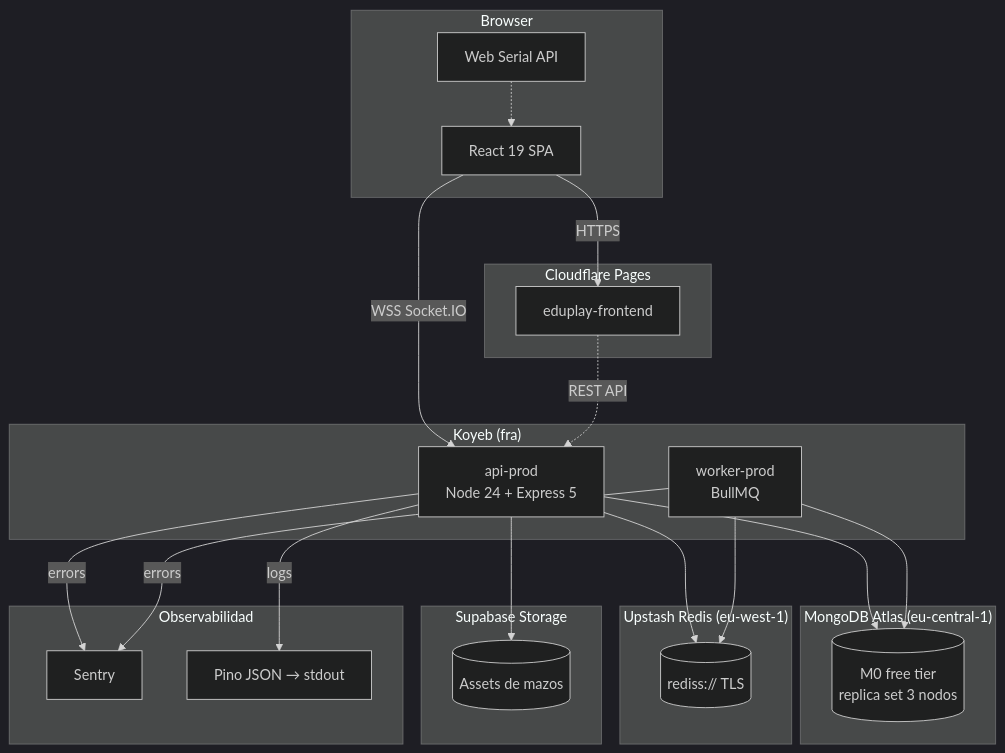
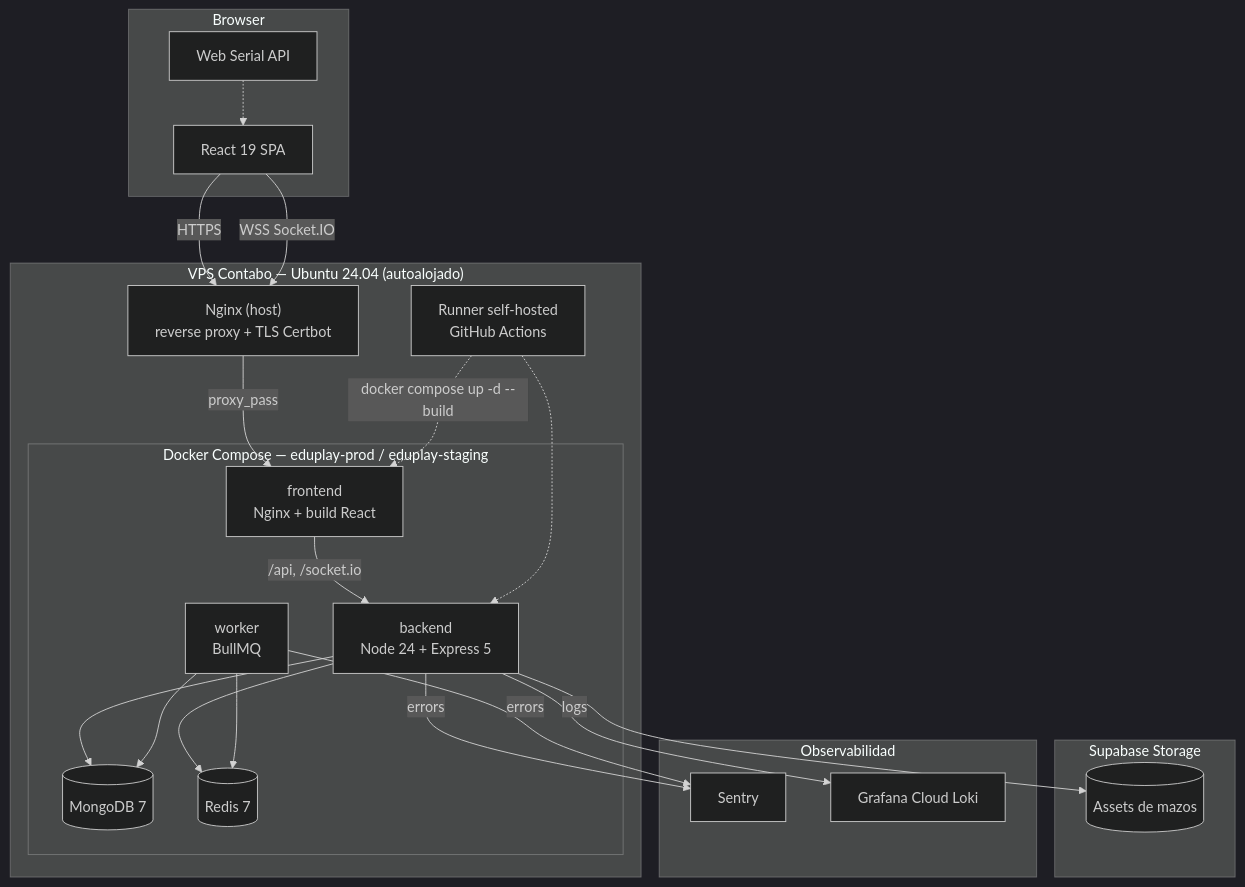
The diagram in README.md (Samuel-Prog-CSec/TFG-IoT), drawn with Mermaid (dark theme) before and after one commit. The commit also changed other lines of this file and 6 other files, not shown here.

First line of the commit message:
docs: actualizar READMEs y OpenAPI tras la migracion a VPS

````diff
--- a/README.md
+++ b/README.md
@@ -28,46 +28,46 @@
 ```mermaid
 graph TB
     subgraph Browser
         webserial[Web Serial API]
         ui[React 19 SPA]
         webserial -.-> ui
     end
 
-    subgraph "Cloudflare Pages"
-        cf[eduplay-frontend]
-    end
+    subgraph "VPS Contabo — Ubuntu 24.04 (autoalojado)"
+        nginx["Nginx (host)<br/>reverse proxy + TLS Certbot"]
 
-    subgraph "Koyeb (fra)"
-        api[api-prod<br/>Node 24 + Express 5]
-        worker[worker-prod<br/>BullMQ]
-    end
+        subgraph "Docker Compose — eduplay-prod / eduplay-staging"
+            fe[frontend<br/>Nginx + build React]
+            api[backend<br/>Node 24 + Express 5]
+            worker[worker<br/>BullMQ]
+            mongo[(MongoDB 7)]
+            redis[(Redis 7)]
+        end
 
-    subgraph "MongoDB Atlas (eu-central-1)"
-        atlas[(M0 free tier<br/>replica set 3 nodos)]
-    end
-
-    subgraph "Upstash Redis (eu-west-1)"
-        upstash[(rediss:// TLS)]
+        runner[Runner self-hosted<br/>GitHub Actions]
     end
 
     subgraph "Supabase Storage"
         supabase[(Assets de mazos)]
     end
 
     subgraph "Observabilidad"
         sentry[Sentry]
-        logs[Pino JSON → stdout]
+        loki[Grafana Cloud Loki]
     end
 
-    ui -->|HTTPS| cf
-    ui -->|WSS Socket.IO| api
-    cf -.->|REST API| api
-    api --> atlas
-    api --> upstash
+    ui -->|HTTPS| nginx
+    ui -->|WSS Socket.IO| nginx
+    nginx -->|proxy_pass| fe
+    fe -->|"/api, /socket.io"| api
+    api --> mongo
+    api --> redis
     api --> supabase
     api -->|errors| sentry
-    api -->|logs| logs
-    worker --> atlas
-    worker --> upstash
+    api -->|logs| loki
+    worker --> mongo
+    worker --> redis
     worker -->|errors| sentry
+    runner -.->|"docker compose up -d --build"| fe
+    runner -.-> api
 ```
````
